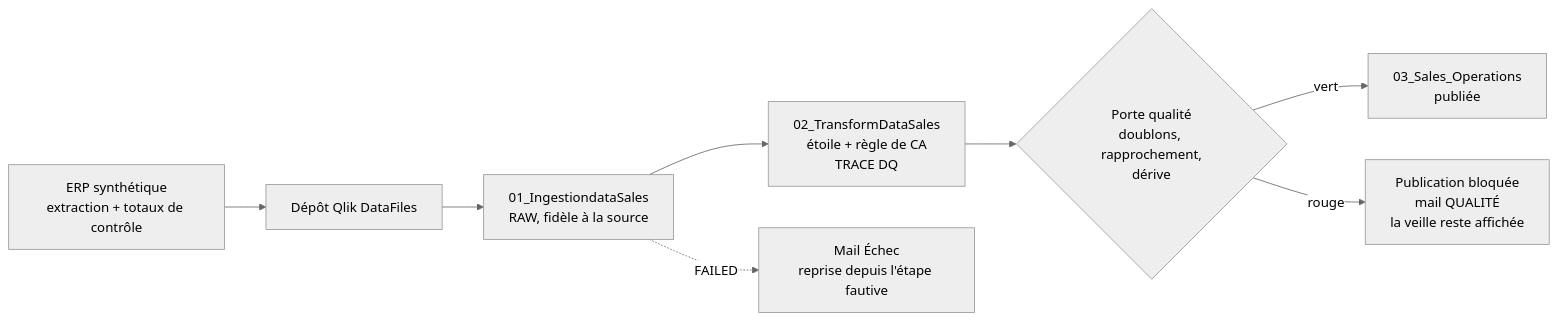
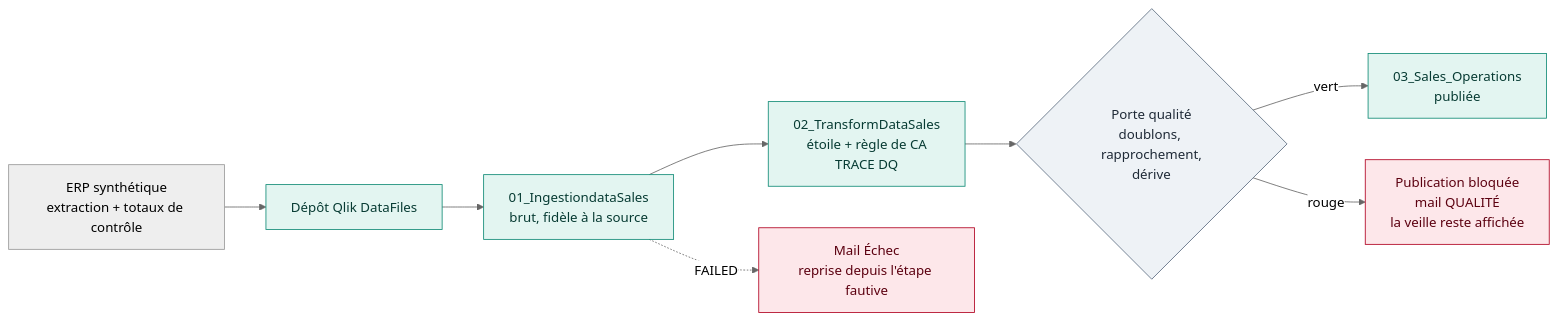
One commit to cnanaj-wq/qlik-airflow-lab changed the first of 4 diagrams in README.md. Above: the diagram before and after it, drawn with Mermaid (neutral theme). The commit also changed other lines of this file and 6 other files, not shown here.

````diff
--- a/README.md
+++ b/README.md
@@ -25,10 +31,17 @@
 ```mermaid
 flowchart LR
   A[ERP synthétique<br/>extraction + totaux de contrôle] --> B[Dépôt Qlik DataFiles]
-  B --> C[01_IngestiondataSales<br/>RAW, fidèle à la source]
+  B --> C[01_IngestiondataSales<br/>brut, fidèle à la source]
   C --> D[02_TransformDataSales<br/>étoile + règle de CA<br/>TRACE DQ]
   D --> G{Porte qualité<br/>doublons, rapprochement,<br/>dérive}
   G -- vert --> E[03_Sales_Operations<br/>publiée]
   G -- rouge --> X[Publication bloquée<br/>mail QUALITÉ<br/>la veille reste affichée]
   C -. FAILED .-> R[Mail Échec<br/>reprise depuis l'étape fautive]
+
+  classDef ok fill:#e3f5f1,stroke:#0f8a75,color:#073b33
+  classDef gate fill:#eef2f6,stroke:#5b6b7f,color:#1f2a37
+  classDef stop fill:#fde7ea,stroke:#b00020,color:#5c0010
+  class B,C,D,E ok
+  class G gate
+  class X,R stop
 ```
````
